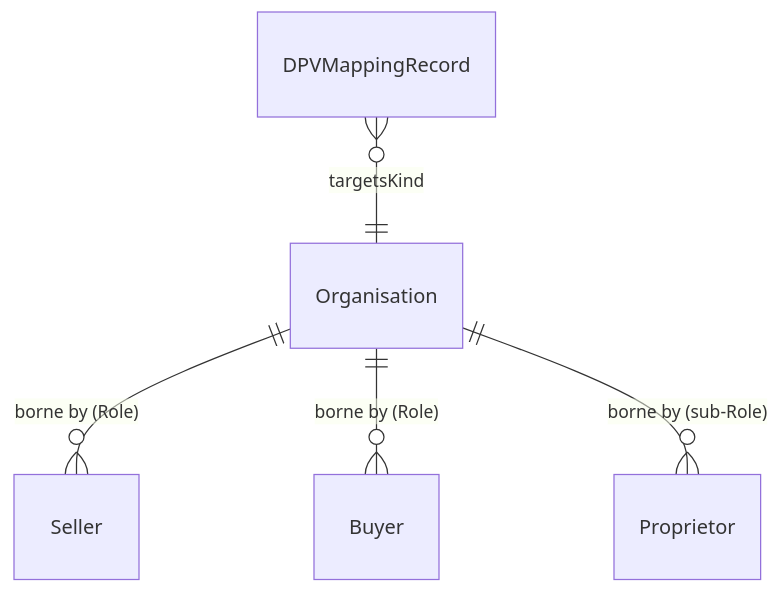
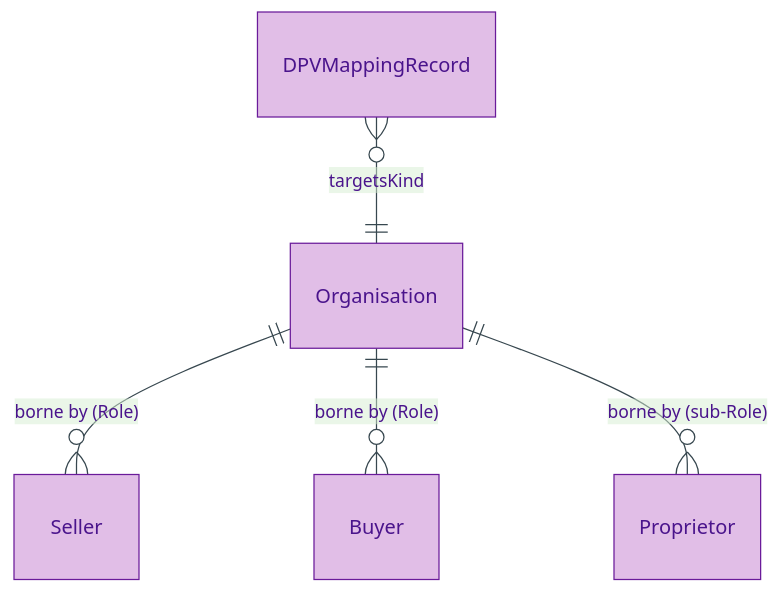
One commit to sparkling/opda changed the diagram in docs/manual/logical/agent/organisation.md. Above: the diagram before and after it, drawn with Mermaid. The commit also changed other lines of this file and 179 other files, not shown here.

First line of the commit message:
docs(manual): Logical-tier diagram expansion via /diagramming skill

````diff
--- a/docs/manual/logical/agent/organisation.md
+++ b/docs/manual/logical/agent/organisation.md
@@ -32,7 +37,11 @@
 ```mermaid
+%%{init: {"theme": "base", "themeVariables": {"primaryColor": "#E1BEE7", "primaryTextColor": "#4A148C", "primaryBorderColor": "#6A1B9A", "lineColor": "#37474F"}}}%%
 erDiagram
+    accTitle: Organisation — Entity-Relationship Diagram
+    accDescr: Direct-neighbour view of Organisation — bearer for Seller, Buyer, Proprietor (sub-Role) RoleMixins, target of DPVMappingRecord.
+
     Organisation ||--o{ Seller : "borne by (Role)"
     Organisation ||--o{ Buyer : "borne by (Role)"
     Organisation ||--o{ Proprietor : "borne by (sub-Role)"
     DPVMappingRecord }o--|| Organisation : "targetsKind"
 ```
````
